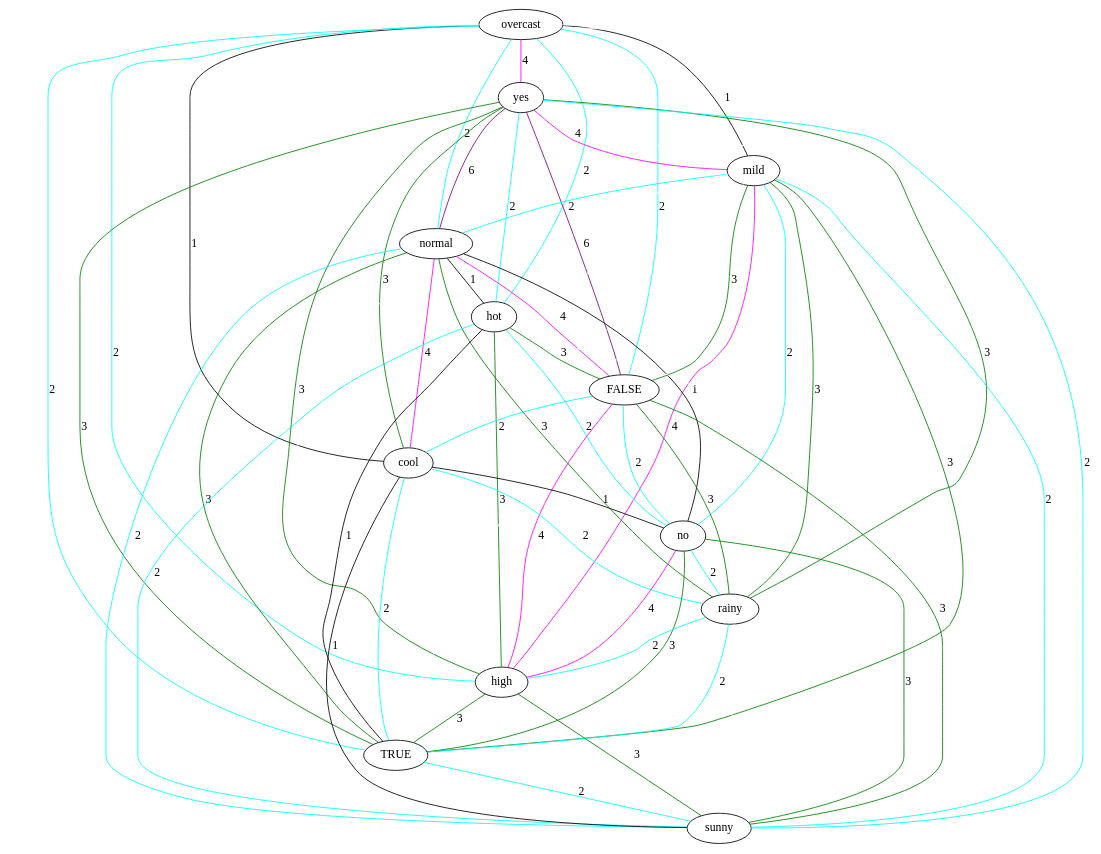
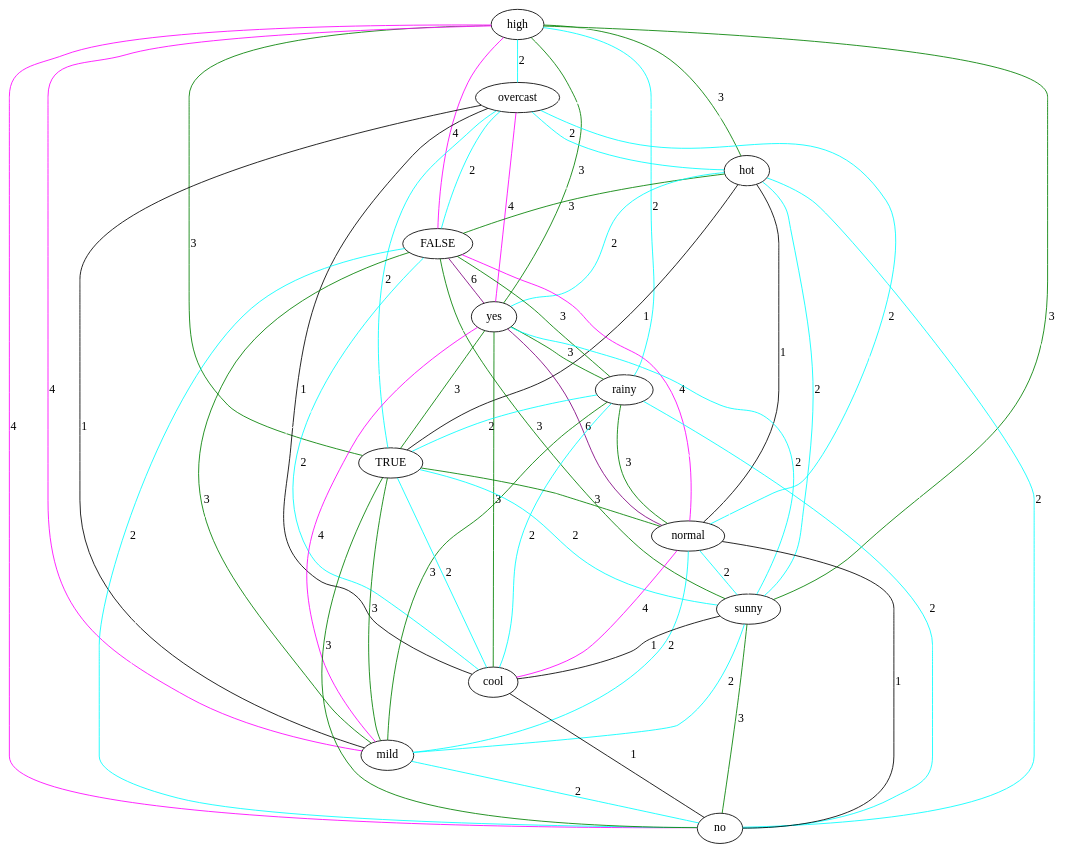
One commit to lrodrin/TFG changed the diagram in src/SQL/gaifman.dot. Above: the diagram before and after it, drawn with Graphviz. The commit also changed 7 other files, not shown here.

```diff
--- a/src/SQL/gaifman.dot
+++ b/src/SQL/gaifman.dot
@@ -1,80 +1,80 @@
 strict graph "" {
+high;
 overcast;
-yes;
-mild;
-normal;
 hot;
 FALSE;
+yes;
+rainy;
+TRUE;
+normal;
+sunny;
 cool;
+mild;
 no;
-rainy;
-high;
-TRUE;
-sunny;
-overcast -- normal  [color=cyan, label=2];
-overcast -- yes  [color=magenta, label=4];
-overcast -- sunny  [color=white];
+high -- mild  [color=magenta, label=4];
+high -- no  [color=magenta, label=4];
+high -- TRUE  [color=green, label=3];
+high -- overcast  [color=cyan, label=2];
+high -- hot  [color=green, label=3];
+high -- normal  [color=white];
+high -- cool  [color=white];
+high -- FALSE  [color=magenta, label=4];
+high -- sunny  [color=green, label=3];
+high -- yes  [color=green, label=3];
+high -- rainy  [color=cyan, label=2];
 overcast -- mild  [color=black, label=1];
 overcast -- no  [color=white];
+overcast -- TRUE  [color=cyan, label=2];
+overcast -- rainy  [color=white];
 overcast -- hot  [color=cyan, label=2];
-overcast -- high  [color=cyan, label=2];
+overcast -- cool  [color=black, label=1];
 overcast -- FALSE  [color=cyan, label=2];
-overcast -- cool  [color=black, label=1];
-overcast -- rainy  [color=white];
-overcast -- TRUE  [color=cyan, label=2];
+overcast -- sunny  [color=white];
+overcast -- yes  [color=magenta, label=4];
+overcast -- normal  [color=cyan, label=2];
+hot -- mild  [color=white];
+hot -- no  [color=cyan, label=2];
+hot -- TRUE  [color=black, label=1];
+hot -- normal  [color=black, label=1];
+hot -- cool  [color=white];
+hot -- FALSE  [color=green, label=3];
+hot -- sunny  [color=cyan, label=2];
+hot -- yes  [color=cyan, label=2];
+hot -- rainy  [color=white];
+FALSE -- mild  [color=green, label=3];
+FALSE -- no  [color=cyan, label=2];
+FALSE -- TRUE  [color=white];
+FALSE -- normal  [color=magenta, label=4];
+FALSE -- cool  [color=cyan, label=2];
+FALSE -- sunny  [color=green, label=3];
+FALSE -- yes  [color=purple, label=6];
+FALSE -- rainy  [color=green, label=3];
+yes -- no  [color=white];
+yes -- TRUE  [color=green, label=3];
 yes -- normal  [color=purple, label=6];
-yes -- TRUE  [color=green, label=3];
+yes -- cool  [color=green, label=3];
 yes -- sunny  [color=cyan, label=2];
 yes -- mild  [color=magenta, label=4];
-yes -- no  [color=white];
-yes -- hot  [color=cyan, label=2];
-yes -- high  [color=green, label=3];
-yes -- FALSE  [color=purple, label=6];
-yes -- cool  [color=green, label=3];
 yes -- rainy  [color=green, label=3];
-mild -- normal  [color=cyan, label=2];
-mild -- sunny  [color=cyan, label=2];
-mild -- cool  [color=white];
-mild -- no  [color=cyan, label=2];
-mild -- hot  [color=white];
-mild -- high  [color=magenta, label=4];
-mild -- FALSE  [color=green, label=3];
-mild -- rainy  [color=green, label=3];
-mild -- TRUE  [color=green, label=3];
+rainy -- mild  [color=green, label=3];
+rainy -- no  [color=cyan, label=2];
+rainy -- TRUE  [color=cyan, label=2];
+rainy -- cool  [color=cyan, label=2];
+rainy -- sunny  [color=white];
+rainy -- normal  [color=green, label=3];
+TRUE -- mild  [color=green, label=3];
+TRUE -- no  [color=green, label=3];
+TRUE -- normal  [color=green, label=3];
+TRUE -- cool  [color=cyan, label=2];
+TRUE -- sunny  [color=cyan, label=2];
+normal -- mild  [color=cyan, label=2];
+normal -- no  [color=black, label=1];
 normal -- cool  [color=magenta, label=4];
 normal -- sunny  [color=cyan, label=2];
-normal -- no  [color=black, label=1];
-normal -- hot  [color=black, label=1];
-normal -- high  [color=white];
-normal -- FALSE  [color=magenta, label=4];
-normal -- rainy  [color=green, label=3];
-normal -- TRUE  [color=green, label=3];
-hot -- sunny  [color=cyan, label=2];
-hot -- no  [color=cyan, label=2];
-hot -- cool  [color=white];
-hot -- high  [color=green, label=3];
-hot -- FALSE  [color=green, label=3];
-hot -- rainy  [color=white];
-hot -- TRUE  [color=black, label=1];
-FALSE -- TRUE  [color=white];
-FALSE -- sunny  [color=green, label=3];
-FALSE -- no  [color=cyan, label=2];
-FALSE -- high  [color=magenta, label=4];
-FALSE -- cool  [color=cyan, label=2];
-FALSE -- rainy  [color=green, label=3];
-cool -- sunny  [color=black, label=1];
+sunny -- mild  [color=cyan, label=2];
+sunny -- no  [color=green, label=3];
+sunny -- cool  [color=black, label=1];
+cool -- mild  [color=white];
 cool -- no  [color=black, label=1];
-cool -- high  [color=white];
-cool -- rainy  [color=cyan, label=2];
-cool -- TRUE  [color=cyan, label=2];
-no -- sunny  [color=green, label=3];
-no -- high  [color=magenta, label=4];
-no -- rainy  [color=cyan, label=2];
-no -- TRUE  [color=green, label=3];
-rainy -- high  [color=cyan, label=2];
-rainy -- sunny  [color=white];
-rainy -- TRUE  [color=cyan, label=2];
-high -- sunny  [color=green, label=3];
-high -- TRUE  [color=green, label=3];
-TRUE -- sunny  [color=cyan, label=2];
+mild -- no  [color=cyan, label=2];
 }
```
